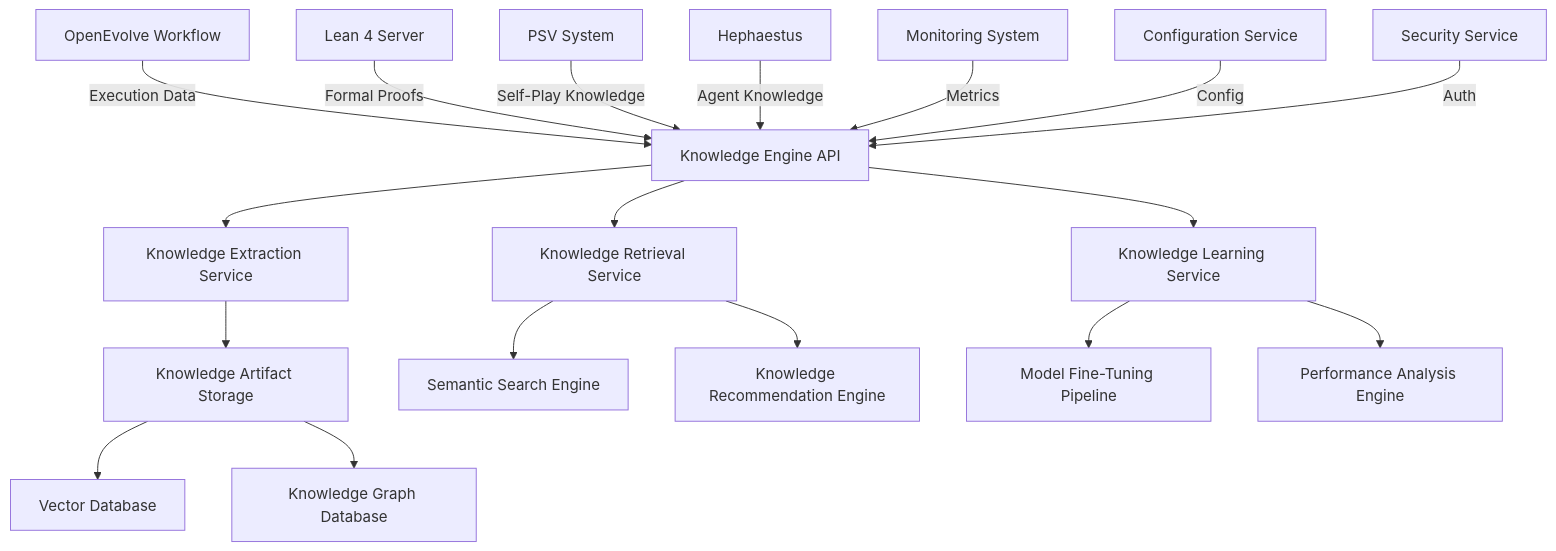
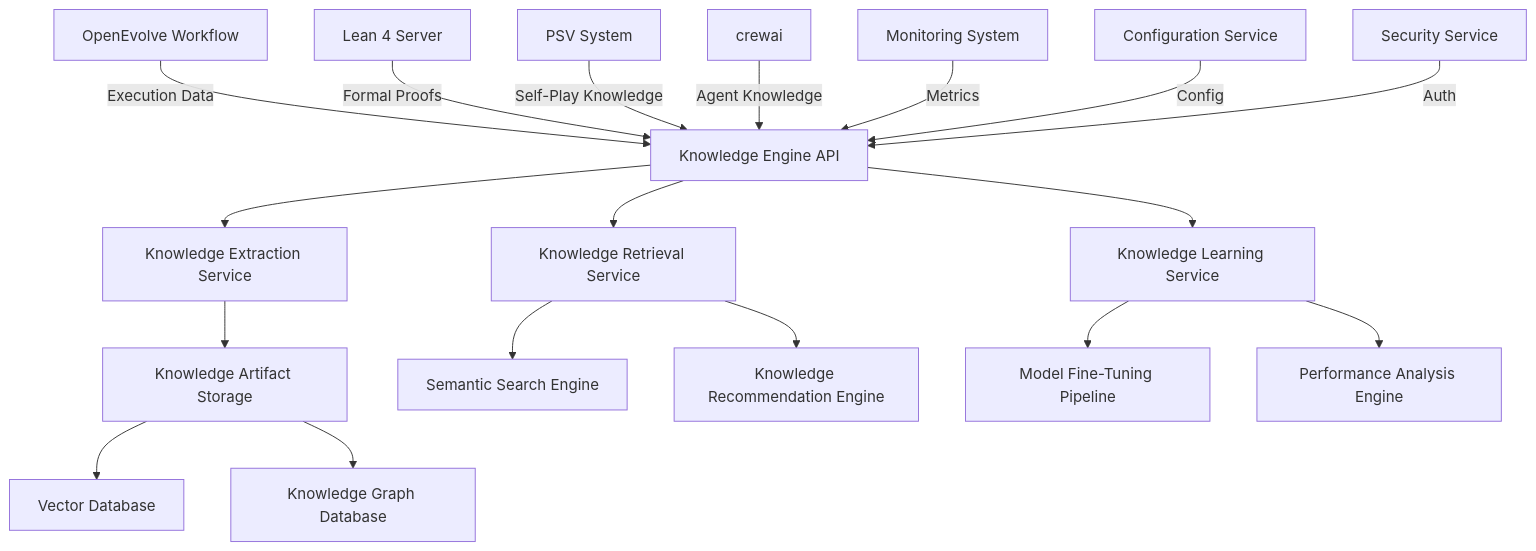
One commit to jazir555/OpenEvolveFrontend changed the first of 33 diagrams in docs/knowledge_engine/KNOWLEDGE_ENGINE_TECHNICAL_ARCHITECTURE.md. Above: the diagram before and after it, drawn with Mermaid. The commit also changed other lines of this file and 153 other files, not shown here.

````diff
--- a/docs/knowledge_engine/KNOWLEDGE_ENGINE_TECHNICAL_ARCHITECTURE.md
+++ b/docs/knowledge_engine/KNOWLEDGE_ENGINE_TECHNICAL_ARCHITECTURE.md
@@ -20,22 +20,22 @@
 ```mermaid
 graph TD
     A[OpenEvolve Workflow] -->|Execution Data| B[Knowledge Engine API]
     B --> C[Knowledge Extraction Service]
     C --> D[Knowledge Artifact Storage]
     D --> E[Vector Database]
     D --> F[Knowledge Graph Database]
     B --> G[Knowledge Retrieval Service]
     G --> H[Semantic Search Engine]
     G --> I[Knowledge Recommendation Engine]
     B --> J[Knowledge Learning Service]
     J --> K[Model Fine-Tuning Pipeline]
     J --> L[Performance Analysis Engine]
     
     M[Lean 4 Server] -->|Formal Proofs| B
     N[PSV System] -->|Self-Play Knowledge| B
-    O[Hephaestus] -->|Agent Knowledge| B
+    O[crewai] -->|Agent Knowledge| B
     
     P[Monitoring System] -->|Metrics| B
     Q[Configuration Service] -->|Config| B
     R[Security Service] -->|Auth| B
 ```
````
